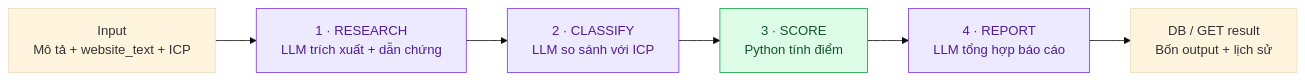
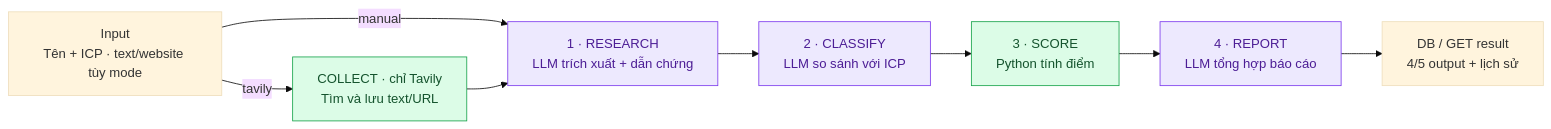
One commit to thole1986/ai_research_service changed the third of 5 diagrams in docs/system-map.vi.md. Above: the diagram before and after it, drawn with Mermaid (base theme). The commit also changed other lines of this file and 33 other files, not shown here.

````diff
--- a/docs/system-map.vi.md
+++ b/docs/system-map.vi.md
@@ -134,14 +145,17 @@
 ```mermaid
 flowchart LR
-    IN["Input<br/>Mô tả + website_text + ICP"]
+    IN["Input<br/>Tên + ICP · text/website tùy mode"]
+    T["COLLECT · chỉ Tavily<br/>Tìm và lưu text/URL"]
     R["1 · RESEARCH<br/>LLM trích xuất + dẫn chứng"]
     C["2 · CLASSIFY<br/>LLM so sánh với ICP"]
     S["3 · SCORE<br/>Python tính điểm"]
     P["4 · REPORT<br/>LLM tổng hợp báo cáo"]
-    OUT["DB / GET result<br/>Bốn output + lịch sử"]
-    IN --> R --> C --> S --> P --> OUT
+    OUT["DB / GET result<br/>4/5 output + lịch sử"]
+    IN -->|manual| R
+    IN -->|tavily| T --> R
+    R --> C --> S --> P --> OUT
     classDef llm fill:#ede9fe,stroke:#7c3aed,color:#4c1d95
     classDef rule fill:#dcfce7,stroke:#16a34a,color:#14532d
     class R,C,P llm
-    class S rule
+    class S,T rule
 ```
````
